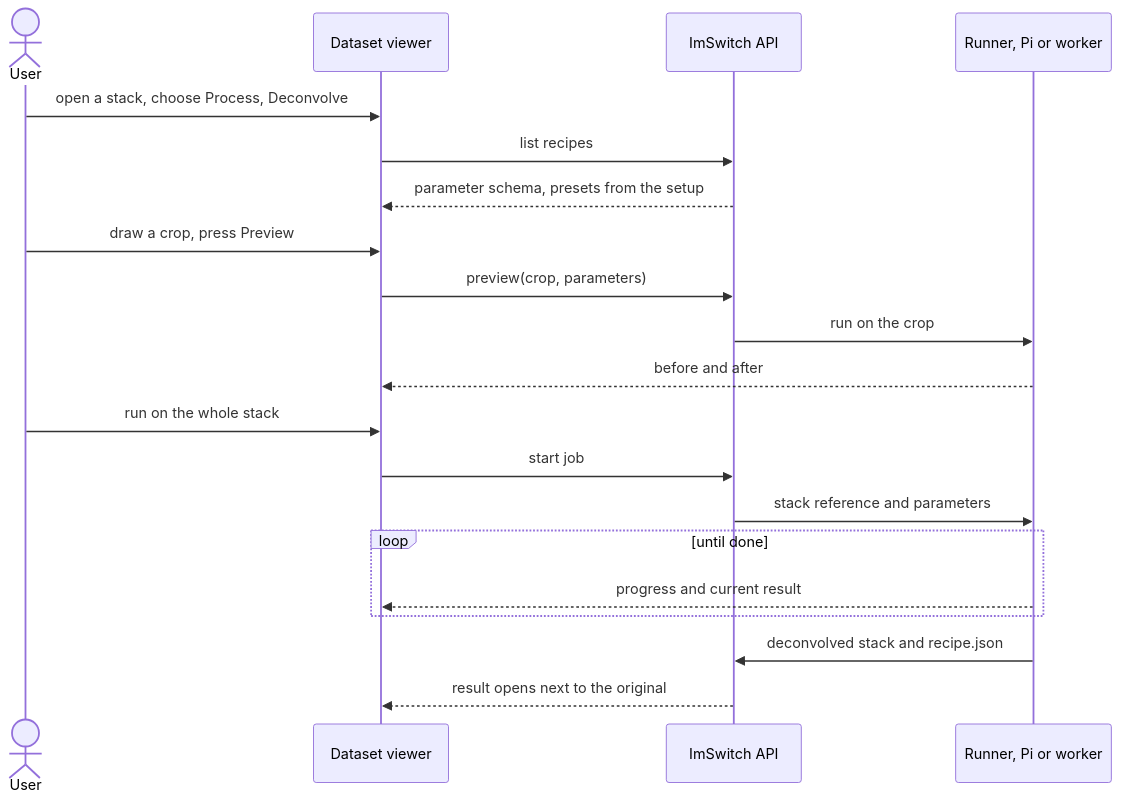
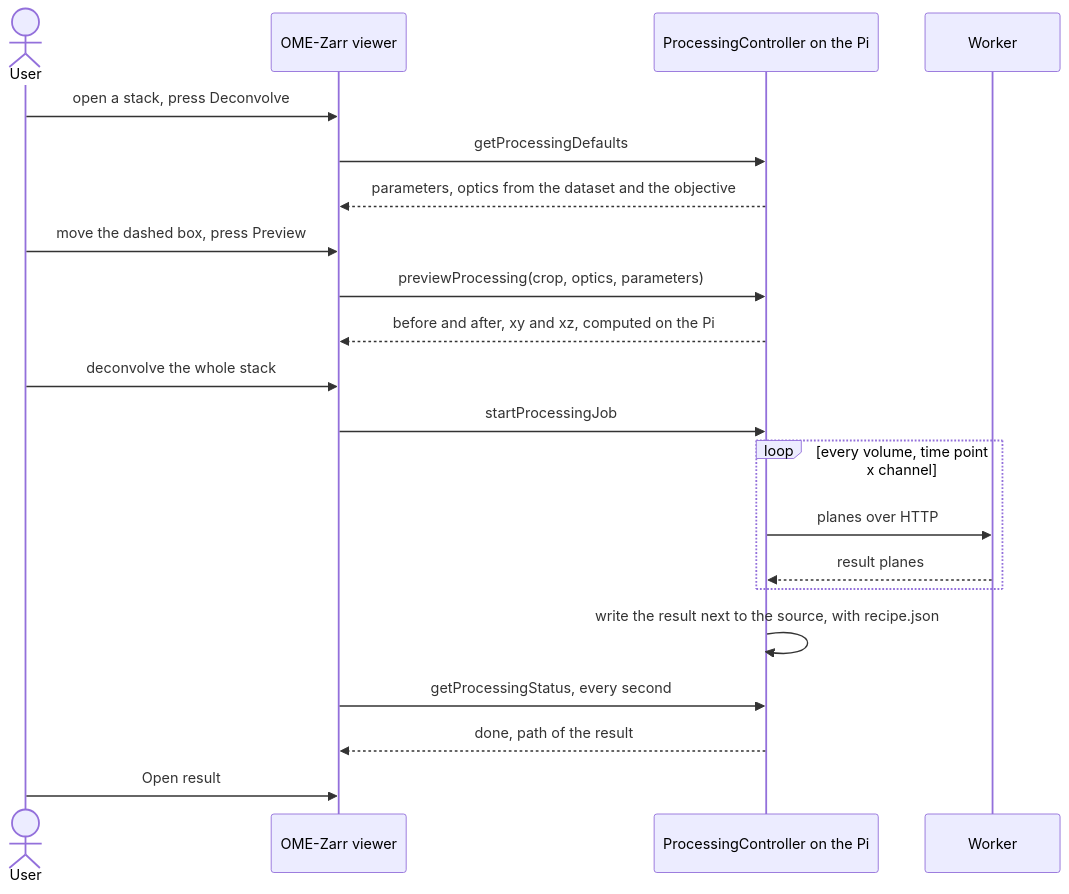
One commit to openUC2/ImSwitch changed the fourth of 4 diagrams in docs/DECONVOLUTION.md. Above: the diagram before and after it, drawn with Mermaid. The commit also changed other lines of this file and 2 other files, not shown here.

Commit message:
Docs: deconvolution as built, Pi numbers, processing worker

````diff
--- a/docs/DECONVOLUTION.md
+++ b/docs/DECONVOLUTION.md
@@ -245,22 +251,23 @@
 ```mermaid
 sequenceDiagram
     actor U as User
-    participant V as Dataset viewer
-    participant A as ImSwitch API
-    participant R as Runner, Pi or worker
-    U->>V: open a stack, choose Process, Deconvolve
-    V->>A: list recipes
-    A-->>V: parameter schema, presets from the setup
-    U->>V: draw a crop, press Preview
-    V->>A: preview(crop, parameters)
-    A->>R: run on the crop
-    R-->>V: before and after
-    U->>V: run on the whole stack
-    V->>A: start job
-    A->>R: stack reference and parameters
-    loop until done
-        R-->>V: progress and current result
+    participant V as OME-Zarr viewer
+    participant A as ProcessingController on the Pi
+    participant W as Worker
+    U->>V: open a stack, press Deconvolve
+    V->>A: getProcessingDefaults
+    A-->>V: parameters, optics from the dataset and the objective
+    U->>V: move the dashed box, press Preview
+    V->>A: previewProcessing(crop, optics, parameters)
+    A-->>V: before and after, xy and xz, computed on the Pi
+    U->>V: deconvolve the whole stack
+    V->>A: startProcessingJob
+    loop every volume, time point x channel
+        A->>W: planes over HTTP
+        W-->>A: result planes
     end
-    R->>A: deconvolved stack and recipe.json
-    A-->>V: result opens next to the original
+    A->>A: write the result next to the source, with recipe.json
+    V->>A: getProcessingStatus, every second
+    A-->>V: done, path of the result
+    U->>V: Open result
 ```
````
